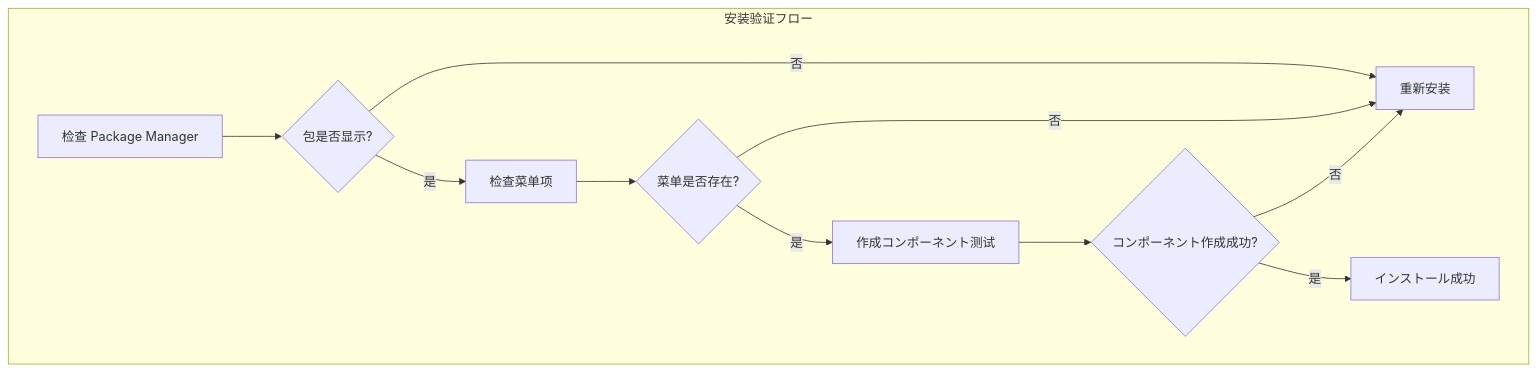
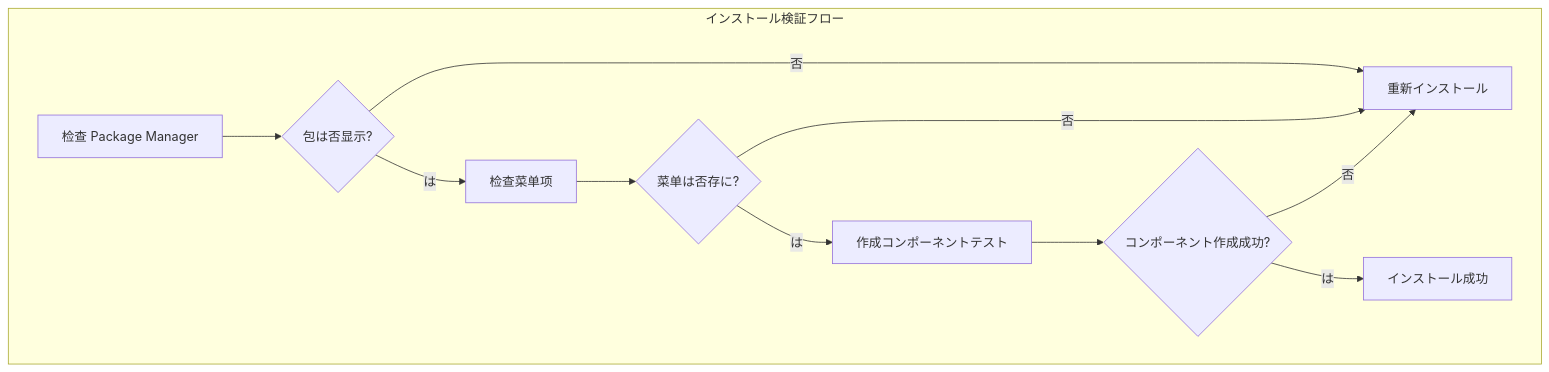
One commit to AlianBlank/GameFrameX.Docs changed the second of 2 diagrams in docs/ja/client/unity/component/globalconfig/02.installation.md. Above: the diagram before and after it, drawn with Mermaid. The commit also changed other lines of this file and 320 other files, not shown here.

````diff
--- a/docs/ja/client/unity/component/globalconfig/02.installation.md
+++ b/docs/ja/client/unity/component/globalconfig/02.installation.md
@@ -162,14 +162,14 @@
 ```mermaid
 flowchart TD
-    subgraph Verification["安装验证フロー"]
-        V1[检查 Package Manager] --> V2{包是否显示?}
-        V2 -->|是| V3[检查菜单项]
-        V2 -->|否| V4[重新安装]
-        V3 --> V5{菜单是否存在?}
-        V5 -->|是| V6[作成コンポーネント测试]
+    subgraph Verification["インストール検証フロー"]
+        V1[检查 Package Manager] --> V2{包は否显示?}
+        V2 -->|は| V3[检查菜单项]
+        V2 -->|否| V4[重新インストール]
+        V3 --> V5{菜单は否存に?}
+        V5 -->|は| V6[作成コンポーネントテスト]
         V5 -->|否| V4
         V6 --> V7{コンポーネント作成成功?}
-        V7 -->|是| V8[インストール成功]
+        V7 -->|は| V8[インストール成功]
         V7 -->|否| V4
     end
 ```
````
